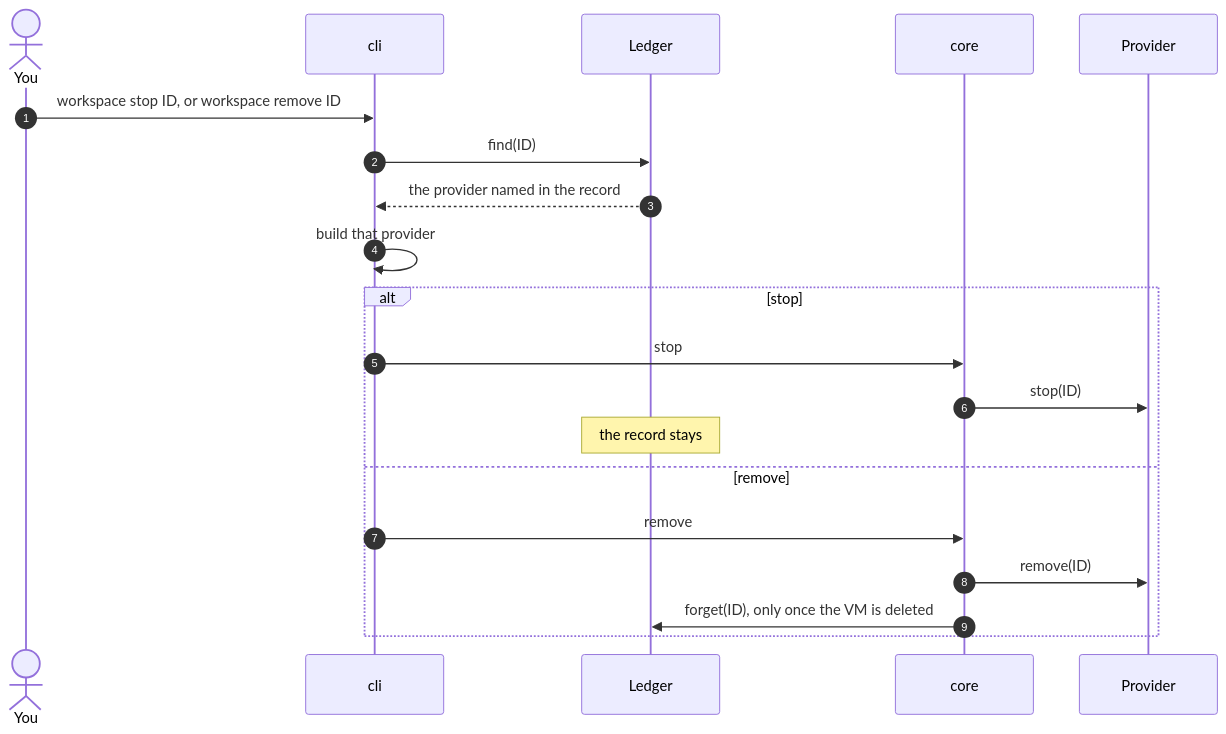
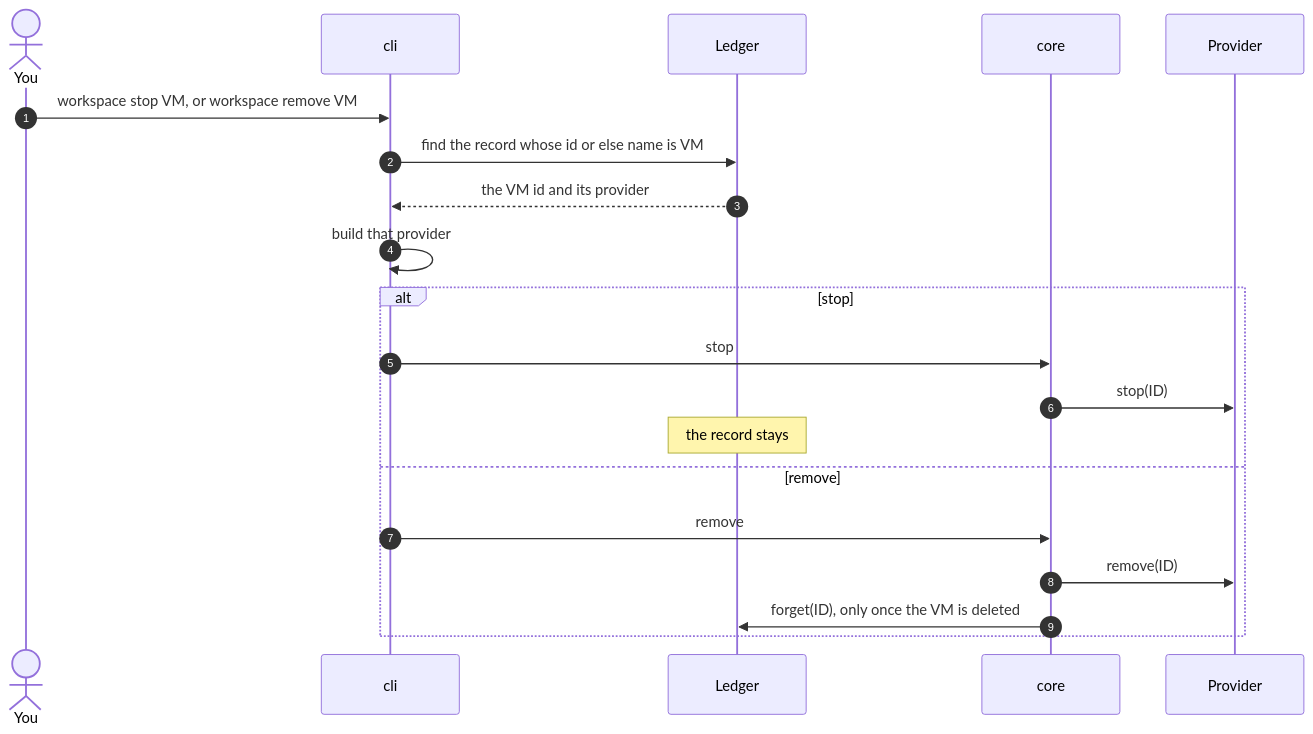
One commit to NextNodeSolutions/workspace changed the fourth of 6 diagrams in docs/architecture.md. Above: the diagram before and after it, drawn with Mermaid. The commit also changed other lines of this file and 4 other files, not shown here.

First line of the commit message:
feat(cli): name a VM by its name, and list recorded VMs

````diff
--- a/docs/architecture.md
+++ b/docs/architecture.md
@@ -94,22 +94,22 @@
 ```mermaid
 sequenceDiagram
     autonumber
     actor You
     participant CLI as cli
     participant L as Ledger
     participant Core as core
     participant P as Provider
-    You->>CLI: workspace stop ID, or workspace remove ID
-    CLI->>L: find(ID)
-    L-->>CLI: the provider named in the record
+    You->>CLI: workspace stop VM, or workspace remove VM
+    CLI->>L: find the record whose id or else name is VM
+    L-->>CLI: the VM id and its provider
     CLI->>CLI: build that provider
     alt stop
         CLI->>Core: stop
         Core->>P: stop(ID)
         Note over L: the record stays
     else remove
         CLI->>Core: remove
         Core->>P: remove(ID)
         Core->>L: forget(ID), only once the VM is deleted
     end
 ```
````
